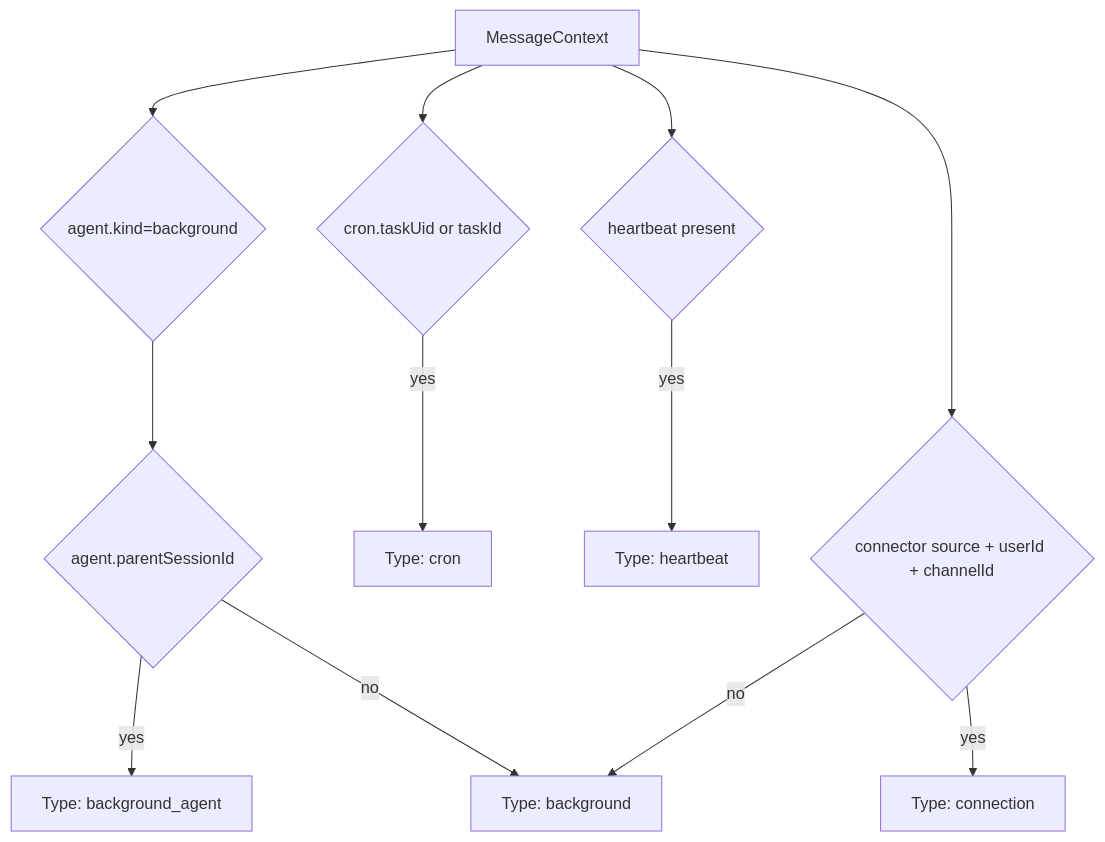
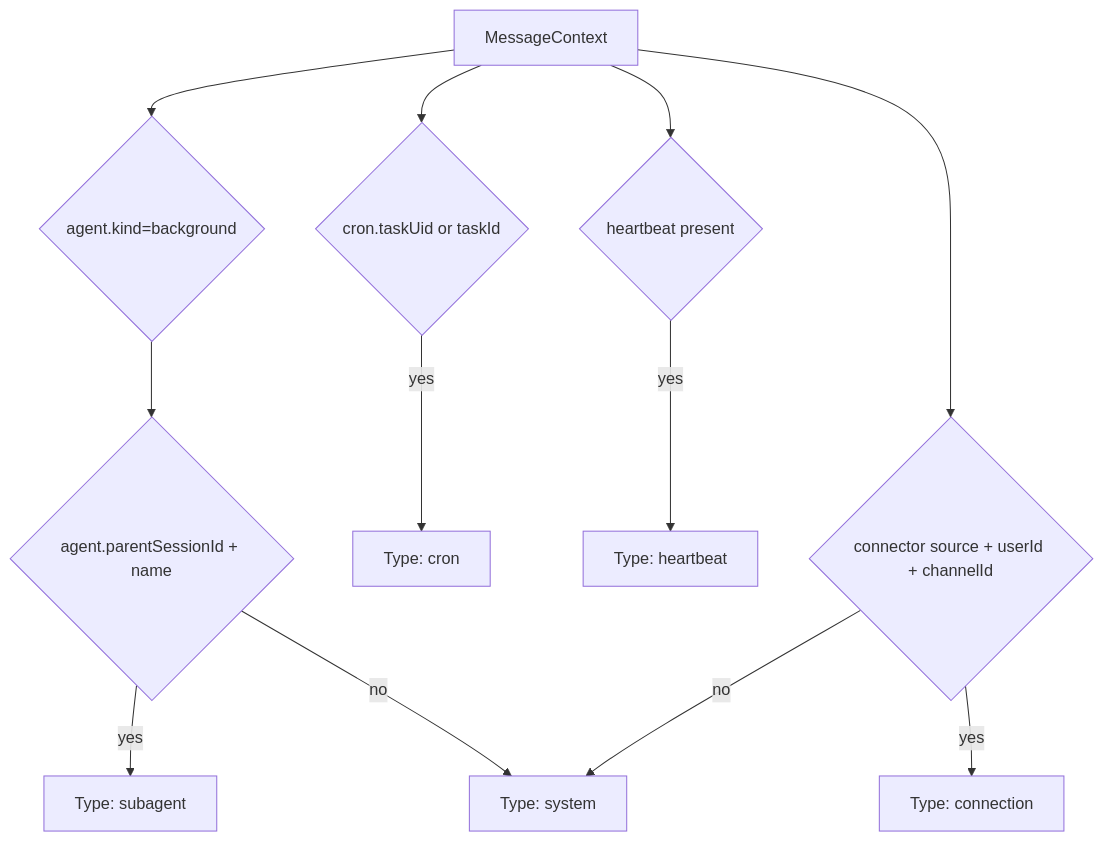
One commit to ex3ndr/claybot changed the third of 7 diagrams in docs/dashboard.md. Above: the diagram before and after it, drawn with Mermaid. The commit also changed other lines of this file and 3 other files, not shown here.

Commit message:
feat(dashboard): rename session types to subagent

````diff
--- a/docs/dashboard.md
+++ b/docs/dashboard.md
@@ -35,14 +35,14 @@
 ```mermaid
 flowchart TD
   Context[MessageContext] --> Cron{cron.taskUid or taskId}
   Context --> Heartbeat{heartbeat present}
   Context --> Agent{agent.kind=background}
   Context --> Connection{connector source + userId + channelId}
   Cron -->|yes| CronType[Type: cron]
   Heartbeat -->|yes| HeartbeatType[Type: heartbeat]
-  Agent --> Parent{agent.parentSessionId}
-  Parent -->|yes| BackgroundAgent[Type: background_agent]
-  Parent -->|no| Background[Type: background]
+  Agent --> Parent{agent.parentSessionId + name}
+  Parent -->|yes| Subagent[Type: subagent]
+  Parent -->|no| System[Type: system]
   Connection -->|yes| ConnectionType[Type: connection]
-  Connection -->|no| Background
+  Connection -->|no| System
 ```
````
